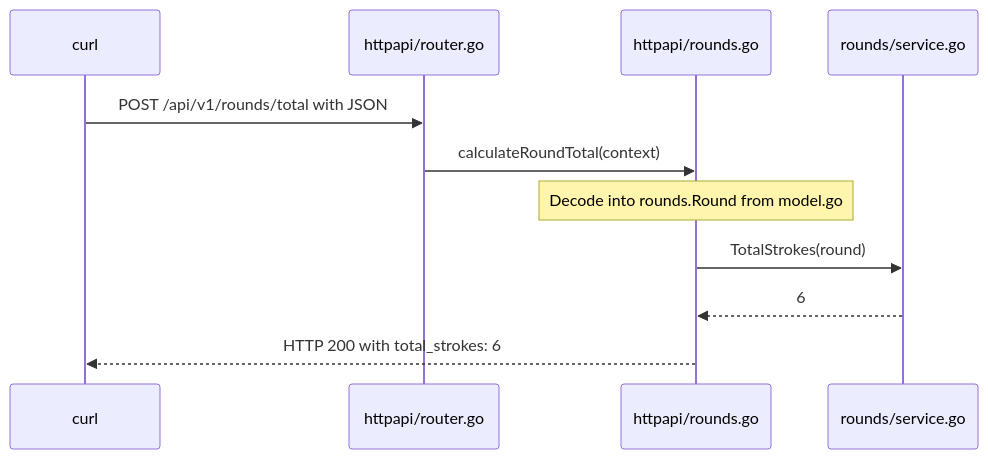
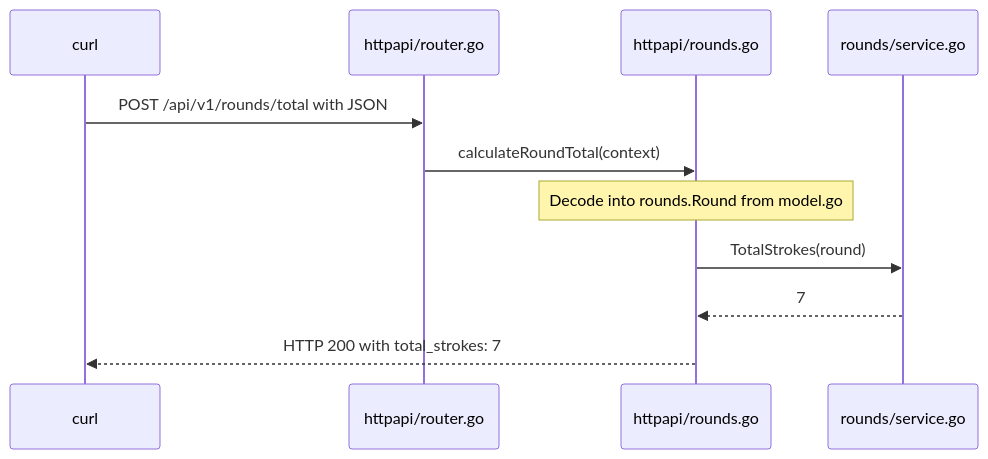
The diagram in docs/round-example.md (jesrnSU/jesrnSU.github.io), drawn with Mermaid before and after one commit. The commit also changed other lines of this file and 7 other files, not shown here.

````diff
--- a/docs/round-example.md
+++ b/docs/round-example.md
@@ -46,13 +46,13 @@
 ```mermaid
 sequenceDiagram
     participant Client as curl
     participant Router as httpapi/router.go
     participant Handler as httpapi/rounds.go
     participant Service as rounds/service.go
     Client->>Router: POST /api/v1/rounds/total with JSON
     Router->>Handler: calculateRoundTotal(context)
     Note over Handler: Decode into rounds.Round from model.go
     Handler->>Service: TotalStrokes(round)
-    Service-->>Handler: 6
-    Handler-->>Client: HTTP 200 with total_strokes: 6
+    Service-->>Handler: 7
+    Handler-->>Client: HTTP 200 with total_strokes: 7
 ```
````
